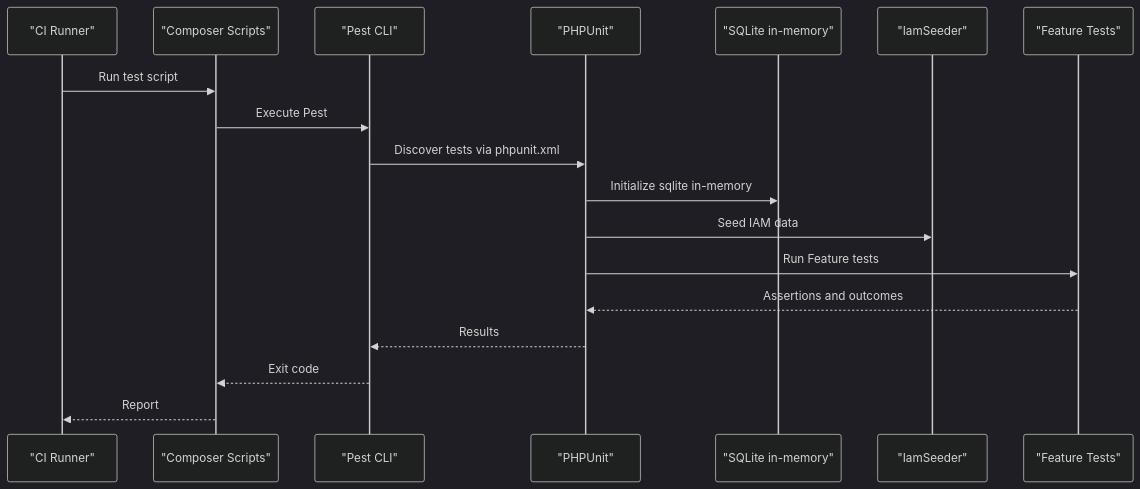
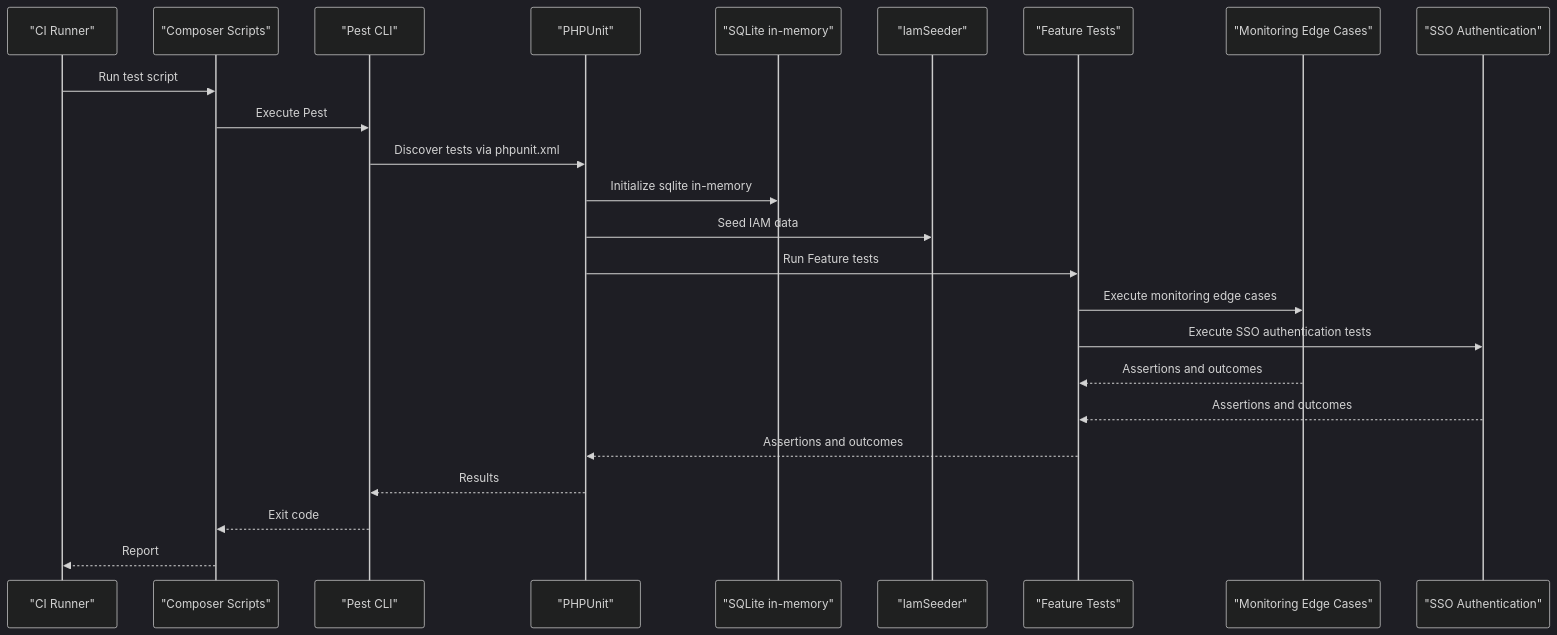
One commit to PA-Penajam/kepegawaian_apps changed the second of 12 diagrams in .qoder/repowiki/en/content/Testing Strategy/Testing Strategy.md. Above: the diagram before and after it, drawn with Mermaid (dark theme). The commit also changed other lines of this file and 13 other files, not shown here.

````diff
--- a/.qoder/repowiki/en/content/Testing Strategy/Testing Strategy.md
+++ b/.qoder/repowiki/en/content/Testing Strategy/Testing Strategy.md
@@ -107,20 +144,26 @@
 ```mermaid
 sequenceDiagram
 participant CI as "CI Runner"
 participant Composer as "Composer Scripts"
 participant Pest as "Pest CLI"
 participant PHPUnit as "PHPUnit"
 participant DB as "SQLite in-memory"
 participant Seeder as "IamSeeder"
 participant Feature as "Feature Tests"
+participant Monitoring as "Monitoring Edge Cases"
+participant SSO as "SSO Authentication"
 CI->>Composer : Run test script
 Composer->>Pest : Execute Pest
 Pest->>PHPUnit : Discover tests via phpunit.xml
 PHPUnit->>DB : Initialize sqlite in-memory
 PHPUnit->>Seeder : Seed IAM data
 PHPUnit->>Feature : Run Feature tests
+Feature->>Monitoring : Execute monitoring edge cases
+Feature->>SSO : Execute SSO authentication tests
+Monitoring-->>Feature : Assertions and outcomes
+SSO-->>Feature : Assertions and outcomes
 Feature-->>PHPUnit : Assertions and outcomes
 PHPUnit-->>Pest : Results
 Pest-->>Composer : Exit code
 Composer-->>CI : Report
 ```
````
